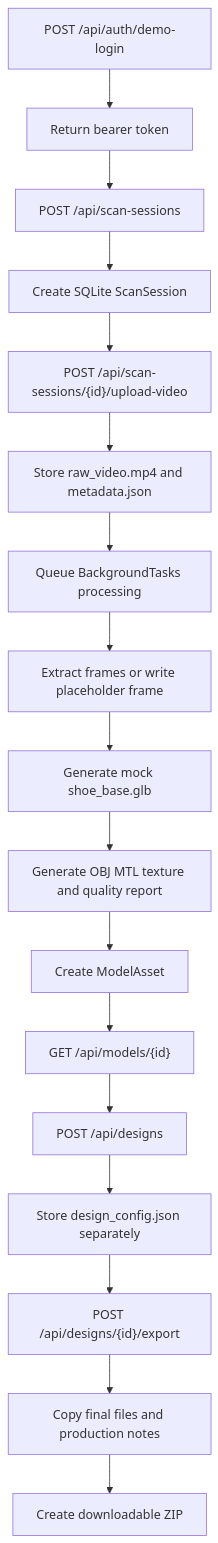
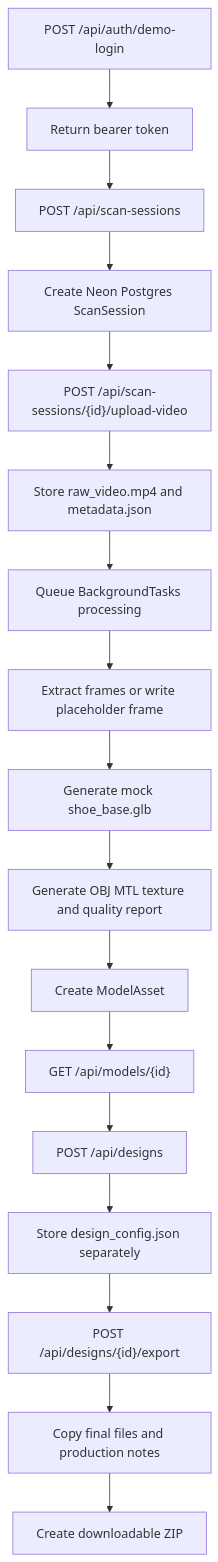
One commit to kiet-ta/ar-ai-exe changed the sixth of 12 diagrams in docs/implementation-flows.md. Above: the diagram before and after it, drawn with Mermaid. The commit also changed other lines of this file and 16 other files, not shown here.

Commit message:
feat(database): add Neon Postgres flow docs and secure ignores

````diff
--- a/docs/implementation-flows.md
+++ b/docs/implementation-flows.md
@@ -107,19 +107,19 @@
 ```mermaid
 flowchart TD
     A["POST /api/auth/demo-login"] --> B["Return bearer token"]
     B --> C["POST /api/scan-sessions"]
-    C --> D["Create SQLite ScanSession"]
+    C --> D["Create Neon Postgres ScanSession"]
     D --> E["POST /api/scan-sessions/{id}/upload-video"]
     E --> F["Store raw_video.mp4 and metadata.json"]
     F --> G["Queue BackgroundTasks processing"]
     G --> H["Extract frames or write placeholder frame"]
     H --> I["Generate mock shoe_base.glb"]
     I --> J["Generate OBJ MTL texture and quality report"]
     J --> K["Create ModelAsset"]
     K --> L["GET /api/models/{id}"]
     L --> M["POST /api/designs"]
     M --> N["Store design_config.json separately"]
     N --> O["POST /api/designs/{id}/export"]
     O --> P["Copy final files and production notes"]
     P --> Q["Create downloadable ZIP"]
 ```
````
